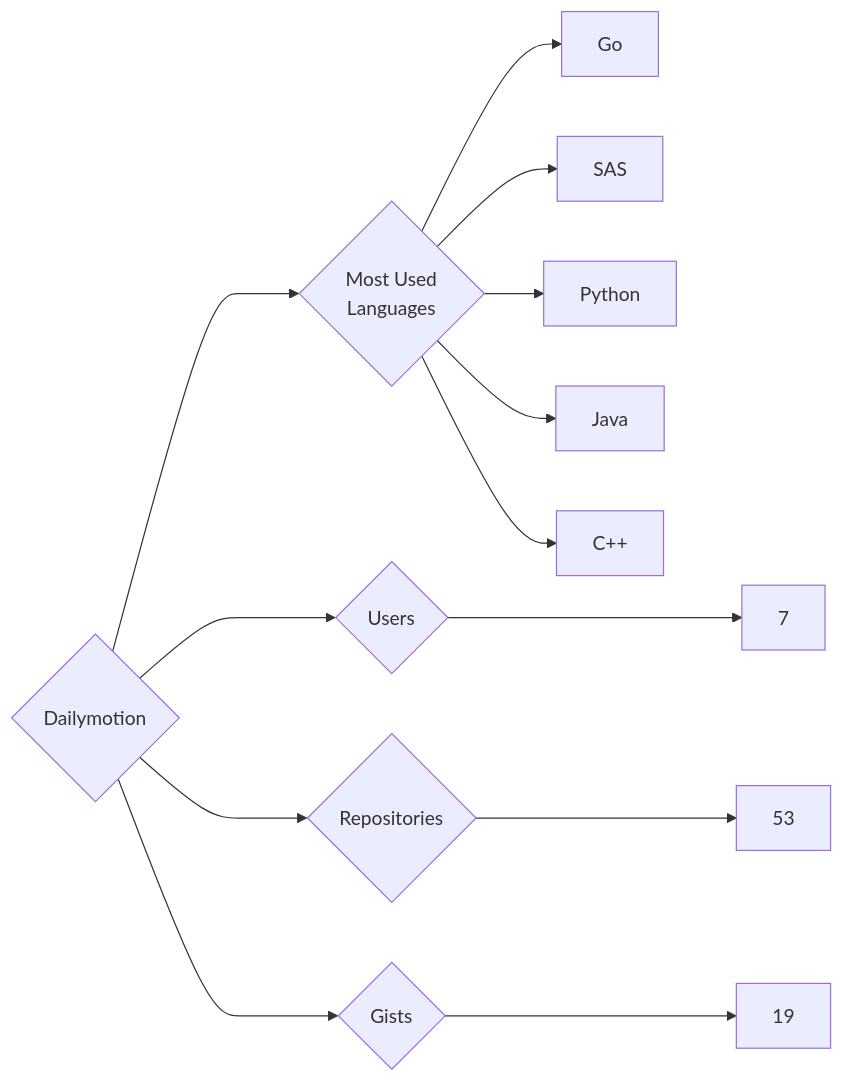
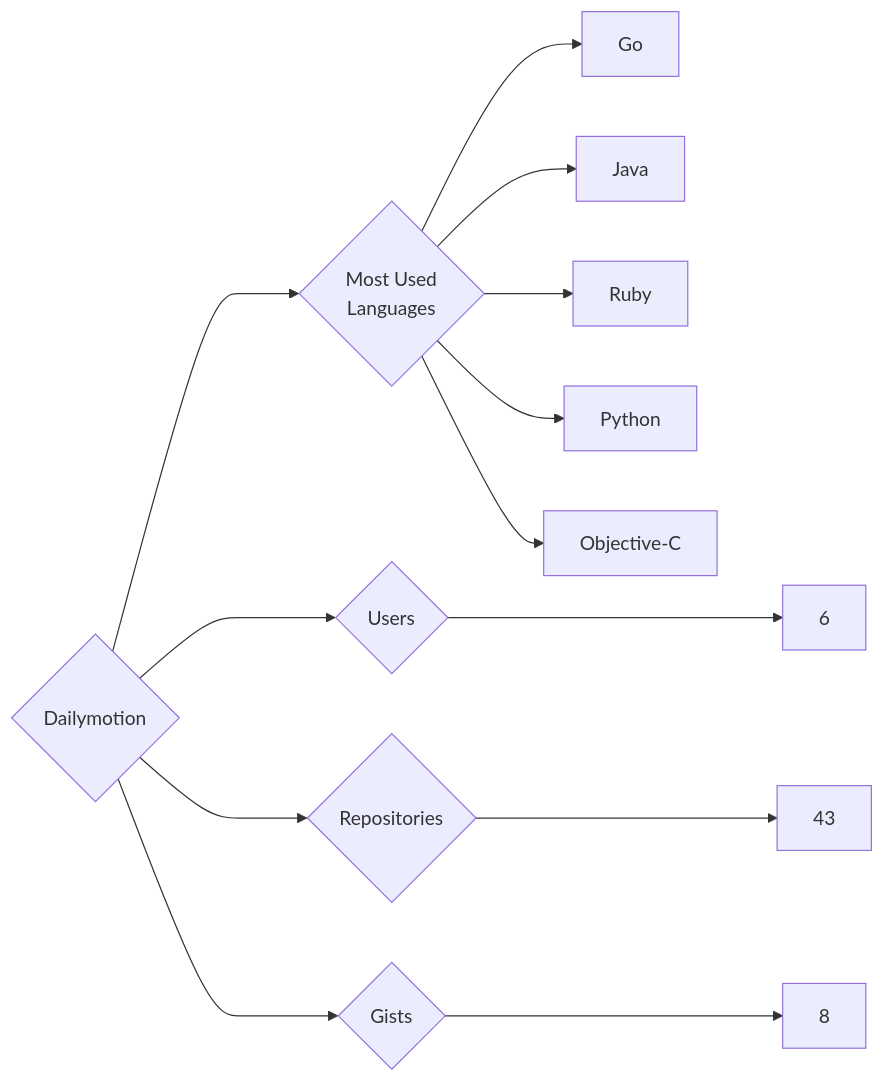
The diagram in targets/Dailymotion/README.md (trickest/insiders), drawn with Mermaid before and after one commit. The commit also changed 857 other files, not shown here.

````diff
--- a/targets/Dailymotion/README.md
+++ b/targets/Dailymotion/README.md
@@ -3,13 +3,13 @@
 ```mermaid
 graph LR
 COMPANY_NAME{Dailymotion}
-COMPANY_NAME ---> U{Users} ---> UN[7]
-COMPANY_NAME ---> R{Repositories} ---> RN[53]
-COMPANY_NAME ---> G{Gists} ---> GN[19]
+COMPANY_NAME ---> U{Users} ---> UN[6]
+COMPANY_NAME ---> R{Repositories} ---> RN[43]
+COMPANY_NAME ---> G{Gists} ---> GN[8]
 COMPANY_NAME ---> ML{Most Used<br>Languages}
 ML --> Go[Go]
-ML --> SAS[SAS]
+ML --> Java[Java]
+ML --> Ruby[Ruby]
 ML --> Python[Python]
-ML --> Java[Java]
-ML --> C++[C++]
+ML --> Objective-C[Objective-C]
 ```
````
